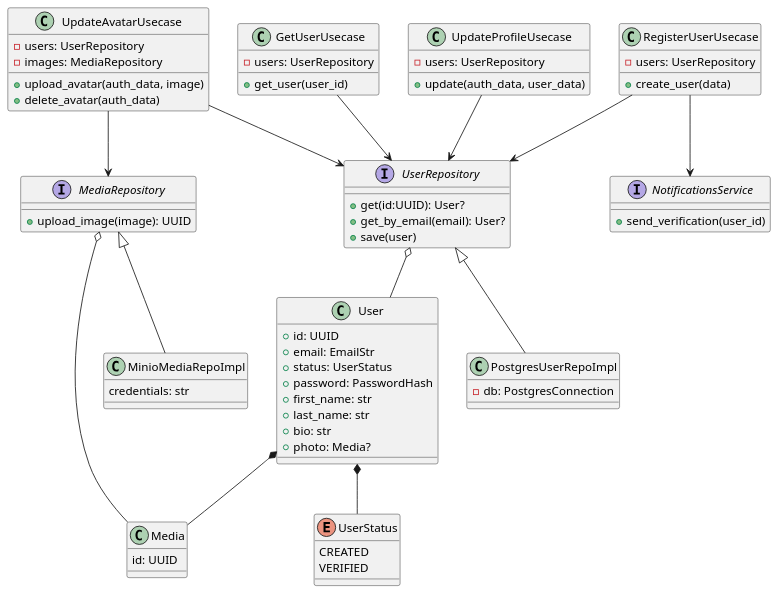
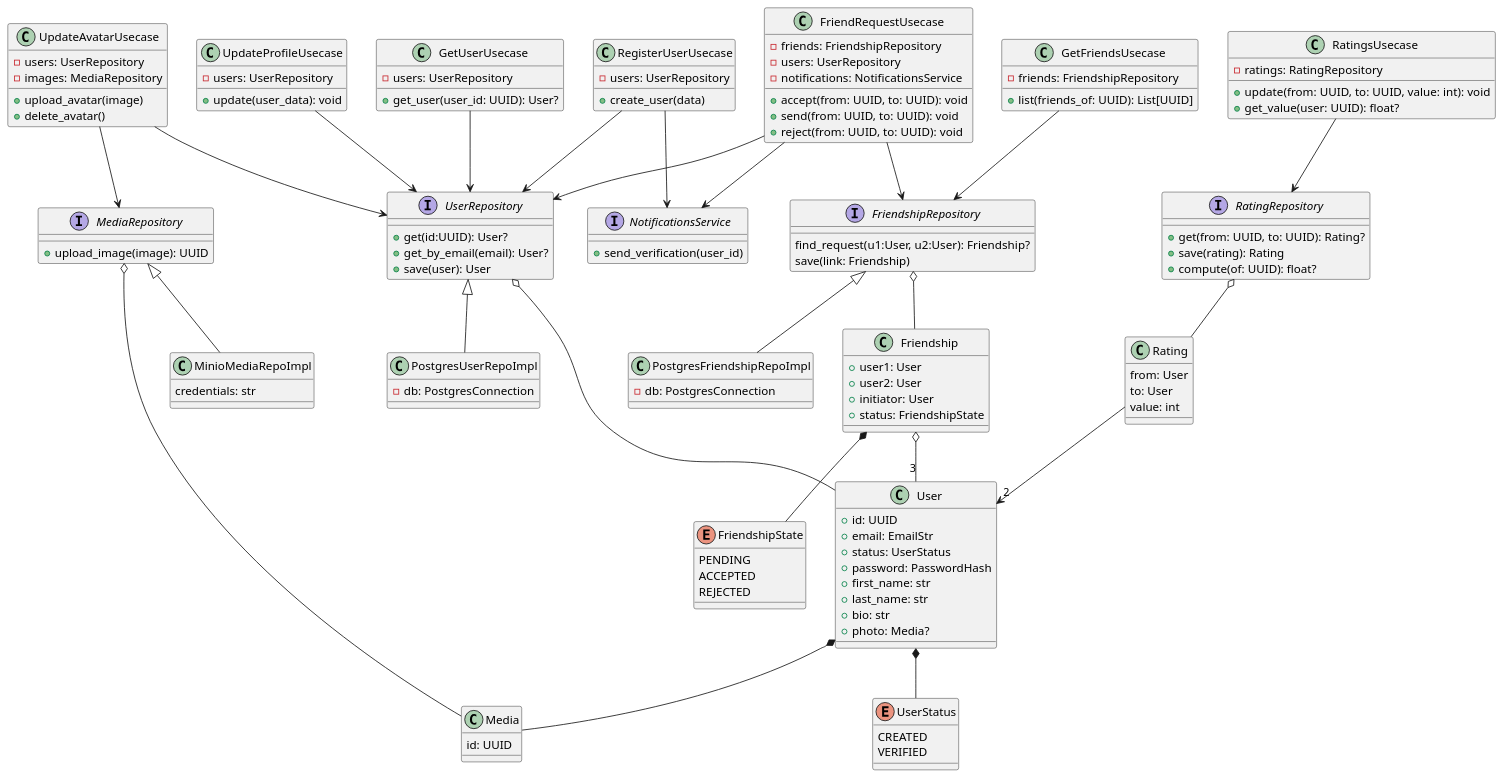
Before and after one commit to kluchi/diagrams: the diagram in classes.puml, drawn with PlantUML. The commit also changed 3 other files, not shown here.

```diff
--- a/classes.puml
+++ b/classes.puml
@@ -1,91 +1,170 @@
 @startuml classes
 
 class RegisterUserUsecase {
     - users: UserRepository
     + create_user(data)
 }
 RegisterUserUsecase --> UserRepository
 
 
 class GetUserUsecase {
     - users: UserRepository
-    + get_user(user_id)
+    + get_user(user_id: UUID): User?
 }
 GetUserUsecase --> UserRepository
 
 class UpdateProfileUsecase {
     - users: UserRepository
-    + update(auth_data, user_data)
+    + update(user_data): void
 }
 UpdateProfileUsecase --> UserRepository
 
 
 class UpdateAvatarUsecase {
     - users: UserRepository
     - images: MediaRepository
-    + upload_avatar(auth_data, image)
-    + delete_avatar(auth_data)
+    + upload_avatar(image)
+    + delete_avatar()
 }
 UpdateAvatarUsecase --> UserRepository
 UpdateAvatarUsecase --> MediaRepository
 
 
 class User {
     + id: UUID
     + email: EmailStr
     + status: UserStatus
     + password: PasswordHash
     + first_name: str
     + last_name: str
     + bio: str
     + photo: Media?
 }
 
 enum UserStatus {
     CREATED
     VERIFIED
 }
 
 User *-- Media
 
 User *-- UserStatus
 
 class Media {
     id: UUID
 }
 
 interface UserRepository {
     + get(id:UUID): User?
     + get_by_email(email): User?
-    + save(user)
+    + save(user): User
 }
 
 
 UserRepository o-- User
 
 class PostgresUserRepoImpl {
     - db: PostgresConnection
 }
 
 PostgresUserRepoImpl -u-|> UserRepository
 
 interface MediaRepository {
     + upload_image(image): UUID
 }
 
 MediaRepository o-- Media
 
 class MinioMediaRepoImpl {
     credentials: str
 }
 
 MinioMediaRepoImpl -u-|> MediaRepository
 
 RegisterUserUsecase --> NotificationsService
 
 interface NotificationsService {
     + send_verification(user_id)
 }
 
+class Friendship {
+    + user1: User
+    + user2: User
+    + initiator: User
+    + status: FriendshipState
+}
+
+
+
+enum FriendshipState {
+    PENDING
+    ACCEPTED
+    REJECTED
+}
+
+Friendship *-- FriendshipState
+
+Friendship o-- "3" User
+
+interface FriendshipRepository {
+    find_request(u1:User, u2:User): Friendship?
+    save(link: Friendship)
+}
+
+FriendshipRepository o-- Friendship
+
+class PostgresFriendshipRepoImpl {
+    - db: PostgresConnection
+}
+
+PostgresFriendshipRepoImpl -up-|> FriendshipRepository
+
+class GetFriendsUsecase {
+    - friends: FriendshipRepository
+
+    + list(friends_of: UUID): List[UUID]
+}
+
+GetFriendsUsecase --> FriendshipRepository
+
+class FriendRequestUsecase {
+    - friends: FriendshipRepository
+    - users: UserRepository
+    - notifications: NotificationsService
+
+    + accept(from: UUID, to: UUID): void
+    + send(from: UUID, to: UUID): void
+    + reject(from: UUID, to: UUID): void
+}
+
+
+FriendRequestUsecase --> NotificationsService
+FriendRequestUsecase --> FriendshipRepository
+FriendRequestUsecase --> UserRepository
+
+class Rating {
+    from: User
+    to: User
+    value: int
+}
+
+Rating --> "2" User
+
+interface RatingRepository {
+    + get(from: UUID, to: UUID): Rating?
+    + save(rating): Rating
+    + compute(of: UUID): float?
+}
+
+RatingRepository o-- Rating
+
+class RatingsUsecase {
+    - ratings: RatingRepository
+
+    + update(from: UUID, to: UUID, value: int): void
+    + get_value(user: UUID): float?
+}
+
+RatingsUsecase --> RatingRepository
 
 @enduml
```
